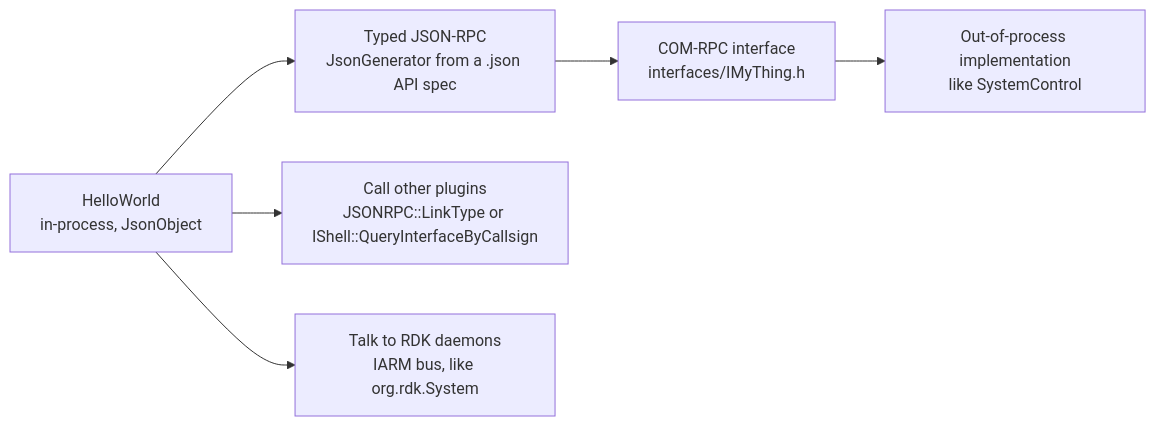
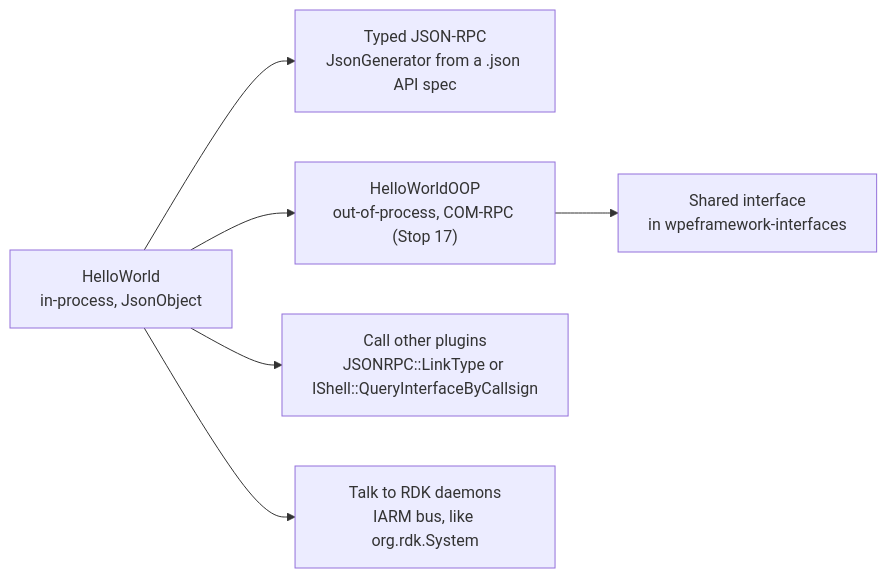
Before and after one commit to Mahmoudaton33/Thunder-Plugin-Implementation: diagram 18 of 18 in README.md, drawn with Mermaid. The commit also changed other lines of this file, not shown here.

Commit message:
feat: adding Out of process implementation steps

````diff
--- a/README.md
+++ b/README.md
@@ -1058,8 +2054,8 @@
 ```mermaid
 flowchart LR
     H[HelloWorld<br/>in-process, JsonObject] --> T["Typed JSON-RPC<br/>JsonGenerator from a .json API spec"]
-    T --> I["COM-RPC interface<br/>interfaces/IMyThing.h"]
-    I --> O["Out-of-process implementation<br/>like SystemControl"]
+    H --> O["HelloWorldOOP<br/>out-of-process, COM-RPC (Stop 17)"]
+    O --> I["Shared interface<br/>in wpeframework-interfaces"]
     H --> X["Call other plugins<br/>JSONRPC::LinkType or IShell::QueryInterfaceByCallsign"]
     H --> R["Talk to RDK daemons<br/>IARM bus, like org.rdk.System"]
 ```
````
